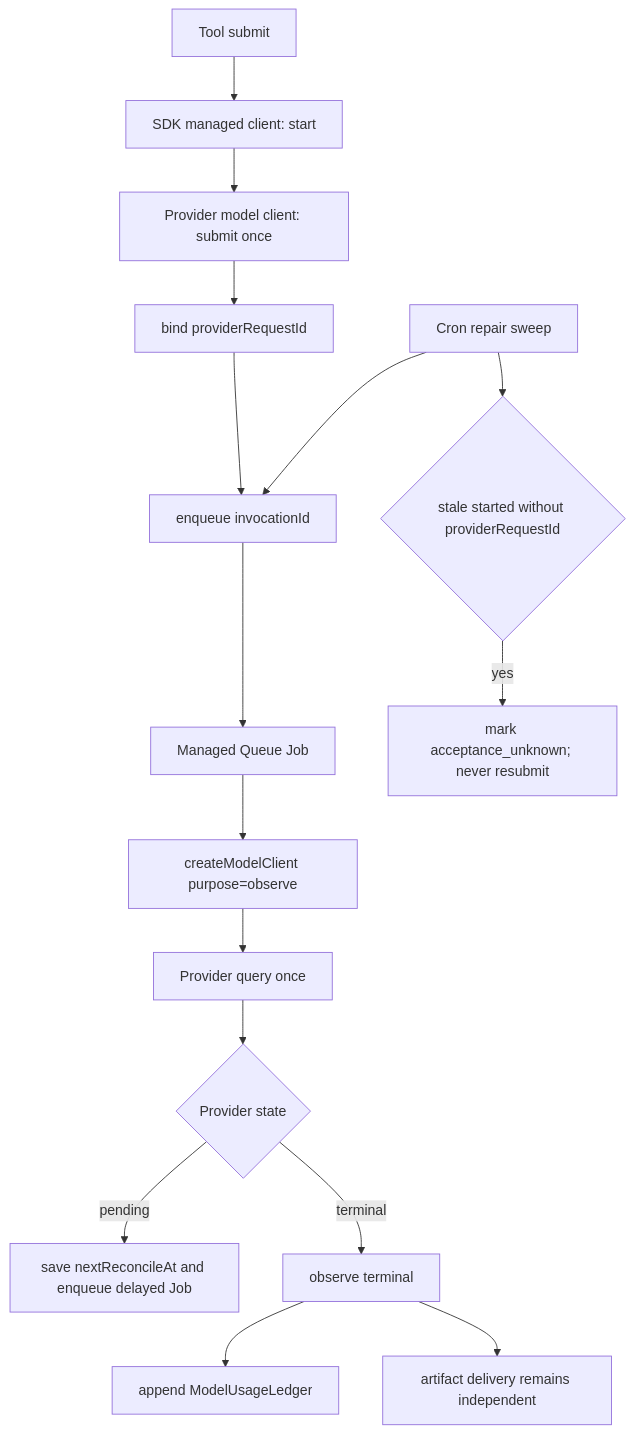
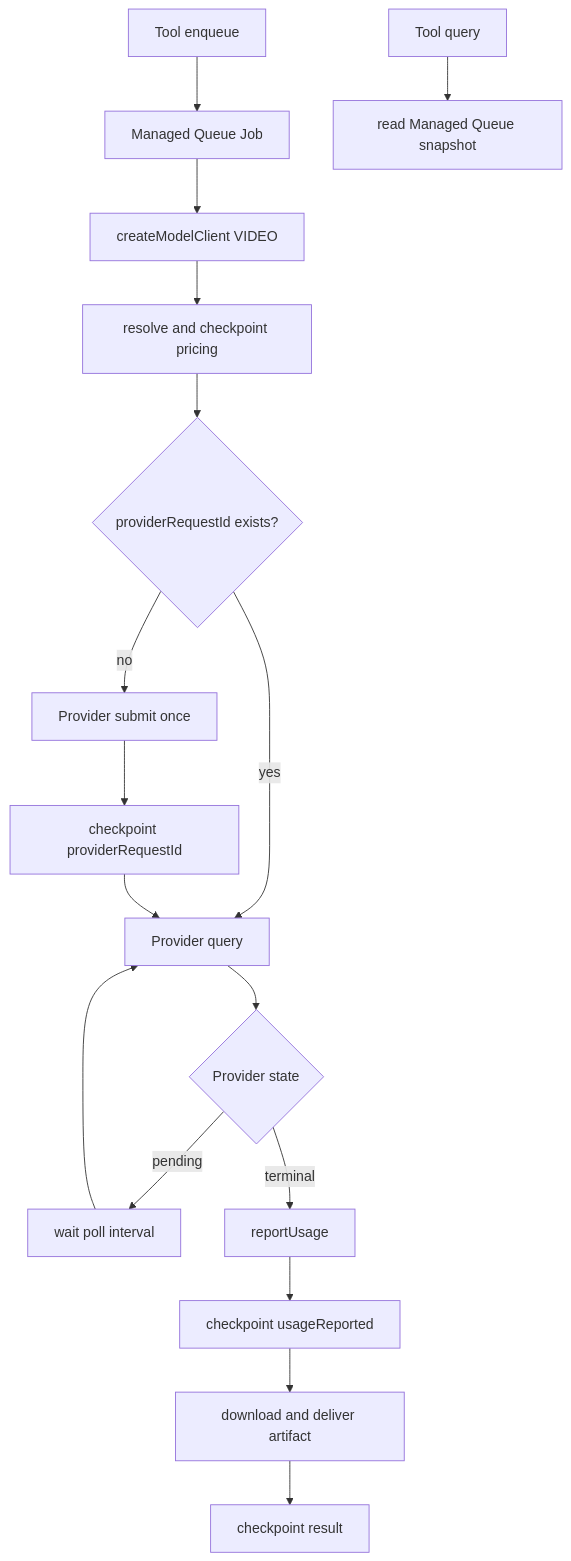
One commit to xpert-ai/xpert changed the diagram in docs/plans/PLAN_video_generation_usage_accounting.md. Above: the diagram before and after it, drawn with Mermaid. The commit also changed other lines of this file and 76 other files, not shown here.

Commit message:
refactor: simplify async model usage accounting

````diff
--- a/docs/plans/PLAN_video_generation_usage_accounting.md
+++ b/docs/plans/PLAN_video_generation_usage_accounting.md
@@ -264,18 +184,19 @@
 ```mermaid
 flowchart TD
-  A["Tool submit"] --> B["SDK managed client: start"]
-  B --> C["Provider model client: submit once"]
-  C --> D["bind providerRequestId"]
-  D --> E["enqueue invocationId"]
-  E --> F["Managed Queue Job"]
-  F --> G["createModelClient purpose=observe"]
-  G --> H["Provider query once"]
+  A["Tool enqueue"] --> B["Managed Queue Job"]
+  B --> C["createModelClient VIDEO"]
+  C --> D["resolve and checkpoint pricing"]
+  D --> E{"providerRequestId exists?"}
+  E -->|no| F["Provider submit once"]
+  F --> G["checkpoint providerRequestId"]
+  E -->|yes| H["Provider query"]
+  G --> H
   H --> I{"Provider state"}
-  I -->|pending| J["save nextReconcileAt and enqueue delayed Job"]
-  I -->|terminal| K["observe terminal"]
-  K --> L["append ModelUsageLedger"]
-  K --> M["artifact delivery remains independent"]
-  N["Cron repair sweep"] --> E
-  N --> O{"stale started without providerRequestId"}
-  O -->|yes| P["mark acceptance_unknown; never resubmit"]
+  I -->|pending| J["wait poll interval"]
+  J --> H
+  I -->|terminal| K["reportUsage"]
+  K --> L["checkpoint usageReported"]
+  L --> M["download and deliver artifact"]
+  M --> N["checkpoint result"]
+  O["Tool query"] --> P["read Managed Queue snapshot"]
 ```
````
